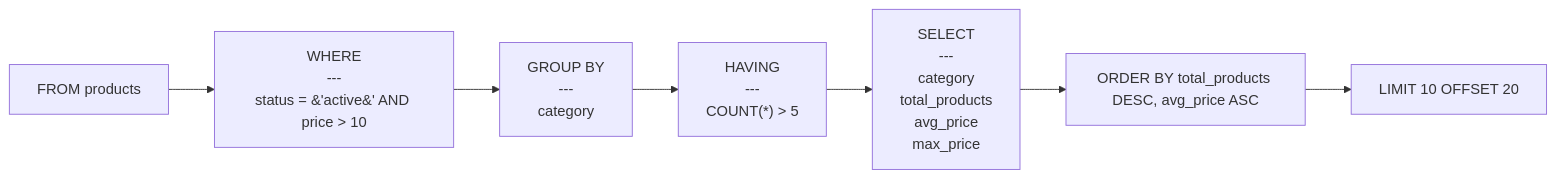
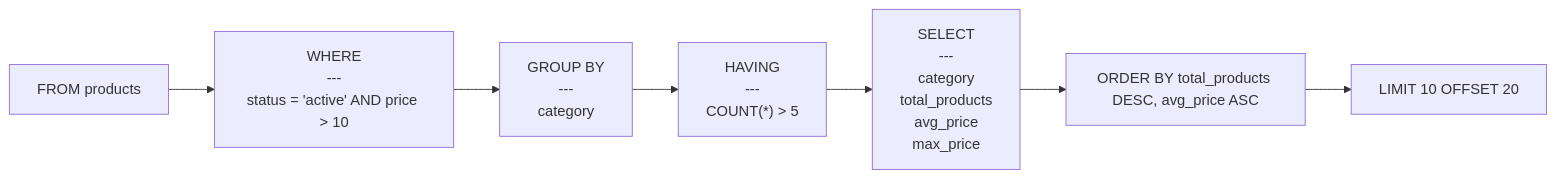
The diagram in examples/complex_query.mmd (rot1024/sqloflow), drawn with Mermaid before and after one commit. The commit also changed 76 other files, not shown here.

```diff
--- a/examples/complex_query.mmd
+++ b/examples/complex_query.mmd
@@ -1,14 +1,14 @@
 flowchart LR
     node_0[FROM products]
-    node_1["WHERE<br/>---<br/>status = &#39;active&#39; AND price &gt; 10"]
+    node_1["WHERE<br/>---<br/>status = 'active' AND price &gt; 10"]
     node_2["GROUP BY<br/>---<br/>category"]
     node_3["HAVING<br/>---<br/>COUNT(*) &gt; 5"]
     node_4["SELECT<br/>---<br/>category<br/>total_products<br/>avg_price<br/>max_price"]
     node_5["ORDER BY total_products DESC, avg_price ASC"]
     node_6["LIMIT 10 OFFSET 20"]
     node_0 --> node_1
     node_1 --> node_2
     node_2 --> node_3
     node_3 --> node_4
     node_4 --> node_5
     node_5 --> node_6
```
